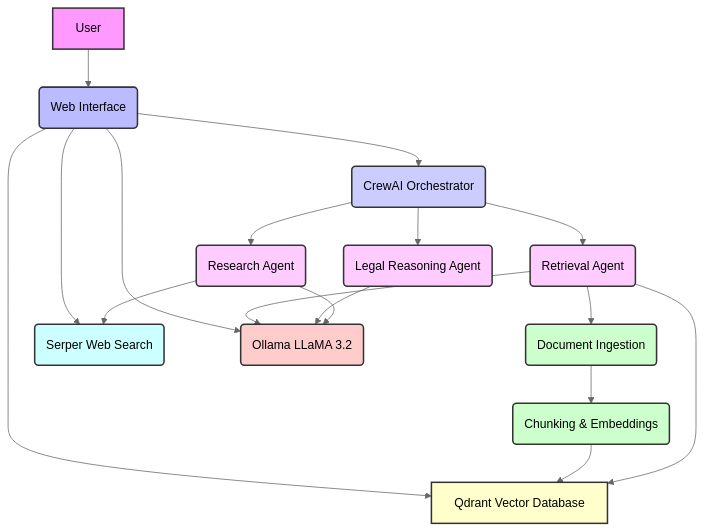
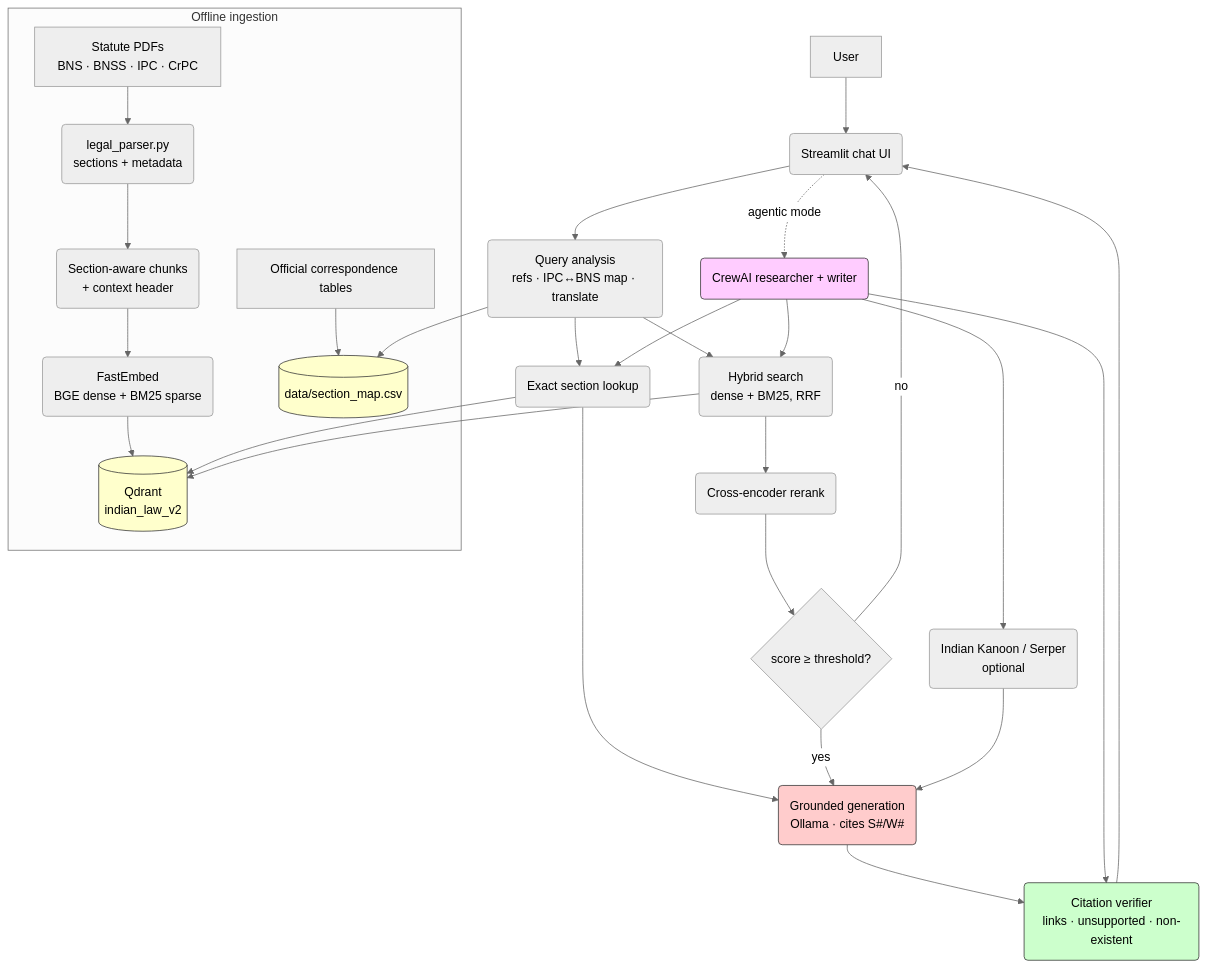
The diagram in docs/architecture.mmd (Pratik2207/indian-criminal-law-rag-agent), drawn with Mermaid (neutral theme) before and after one commit. The commit also changed 58 other files, not shown here.

```diff
--- a/docs/architecture.mmd
+++ b/docs/architecture.mmd
@@ -1,34 +1,37 @@
 graph TD
-    User[User] --> WebUI(Web Interface)
-    WebUI --> CrewAI(CrewAI Orchestrator)
+    User[User] --> UI(Streamlit chat UI)
 
-    CrewAI --> ResearchAgent(Research Agent)
-    CrewAI --> LegalReasoningAgent(Legal Reasoning Agent)
-    CrewAI --> RetrievalAgent(Retrieval Agent)
+    subgraph Offline ingestion
+        PDFs[Statute PDFs<br/>BNS · BNSS · IPC · CrPC] --> Parser(legal_parser.py<br/>sections + metadata)
+        Parser --> Chunker(Section-aware chunks<br/>+ context header)
+        Chunker --> Embed(FastEmbed<br/>BGE dense + BM25 sparse)
+        Embed --> Qdrant[(Qdrant<br/>indian_law_v2)]
+        MapPDF[Official correspondence tables] --> Map[(data/section_map.csv)]
+    end
 
-    RetrievalAgent --> QdrantDB[Qdrant Vector Database]
-    RetrievalAgent --> DocumentIngestion(Document Ingestion)
-    DocumentIngestion --> ChunkingEmbeddings(Chunking & Embeddings)
-    ChunkingEmbeddings --> QdrantDB
+    UI --> QA(Query analysis<br/>refs · IPC↔BNS map · translate)
+    QA --> Map
+    QA --> Exact(Exact section lookup)
+    QA --> Hybrid(Hybrid search<br/>dense + BM25, RRF)
+    Exact --> Qdrant
+    Hybrid --> Qdrant
+    Hybrid --> Rerank(Cross-encoder rerank)
+    Exact --> Gen
+    Rerank --> Abstain{score ≥ threshold?}
+    Abstain -- no --> UI
+    Abstain -- yes --> Gen(Grounded generation<br/>Ollama · cites S#/W#)
+    Web(Indian Kanoon / Serper<br/>optional) --> Gen
+    Gen --> Verify(Citation verifier<br/>links · unsupported · non-existent)
+    Verify --> UI
 
-    ResearchAgent --> Serper(Serper Web Search)
+    UI -. agentic mode .-> Crew(CrewAI researcher + writer)
+    Crew --> Exact
+    Crew --> Hybrid
+    Crew --> Web
+    Crew --> Verify
 
-    ResearchAgent --> OllamaLLM(Ollama LLaMA 3.2)
-    LegalReasoningAgent --> OllamaLLM
-    RetrievalAgent --> OllamaLLM
-
-    WebUI --> OllamaLLM
-    WebUI --> QdrantDB
-    WebUI --> Serper
-
-    style User fill:#f9f,stroke:#333,stroke-width:2px
-    style WebUI fill:#bbf,stroke:#333,stroke-width:2px
-    style CrewAI fill:#ccf,stroke:#333,stroke-width:2px
-    style ResearchAgent fill:#fcf,stroke:#333,stroke-width:2px
-    style LegalReasoningAgent fill:#fcf,stroke:#333,stroke-width:2px
-    style RetrievalAgent fill:#fcf,stroke:#333,stroke-width:2px
-    style QdrantDB fill:#ffc,stroke:#333,stroke-width:2px
-    style DocumentIngestion fill:#cfc,stroke:#333,stroke-width:2px
-    style ChunkingEmbeddings fill:#cfc,stroke:#333,stroke-width:2px
-    style Serper fill:#cff,stroke:#333,stroke-width:2px
-    style OllamaLLM fill:#fcc,stroke:#333,stroke-width:2px
+    style Qdrant fill:#ffc,stroke:#333
+    style Map fill:#ffc,stroke:#333
+    style Gen fill:#fcc,stroke:#333
+    style Verify fill:#cfc,stroke:#333
+    style Crew fill:#fcf,stroke:#333
```
